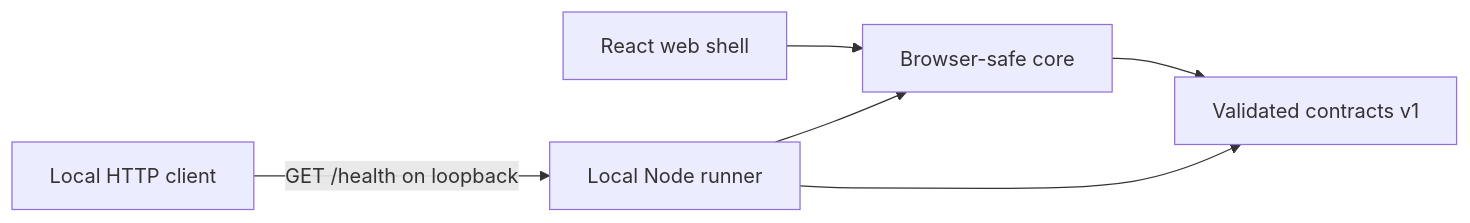
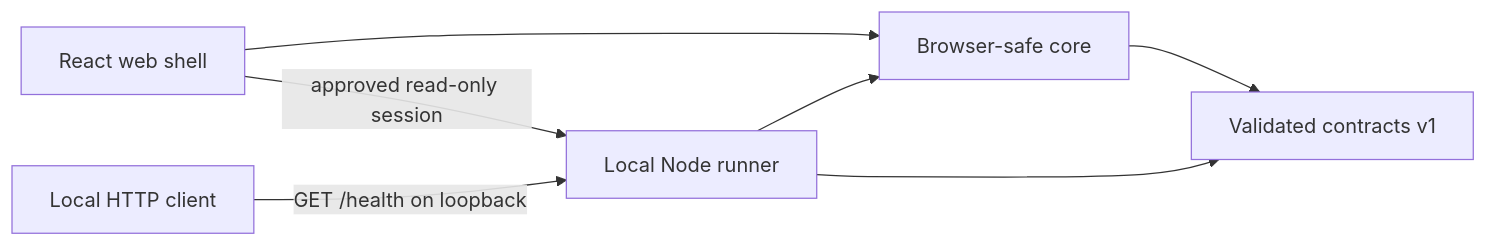
One commit to Bekzhanizb/OrbiGuild changed the diagram in README.md. Above: the diagram before and after it, drawn with Mermaid. The commit also changed other lines of this file and 32 other files, not shown here.

````diff
--- a/README.md
+++ b/README.md
@@ -58,8 +63,9 @@
 ```mermaid
 flowchart LR
   Web[React web shell] --> Core[Browser-safe core]
   Core --> Contracts[Validated contracts v1]
   Runner[Local Node runner] --> Core
   Runner --> Contracts
+  Web -->|approved read-only session| Runner
   CLI[Local HTTP client] -->|GET /health on loopback| Runner
 ```
````
